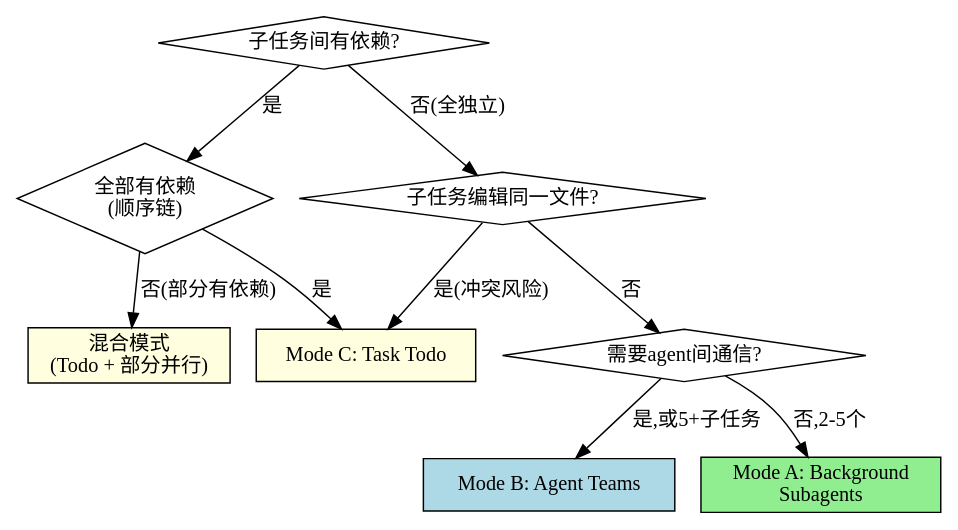
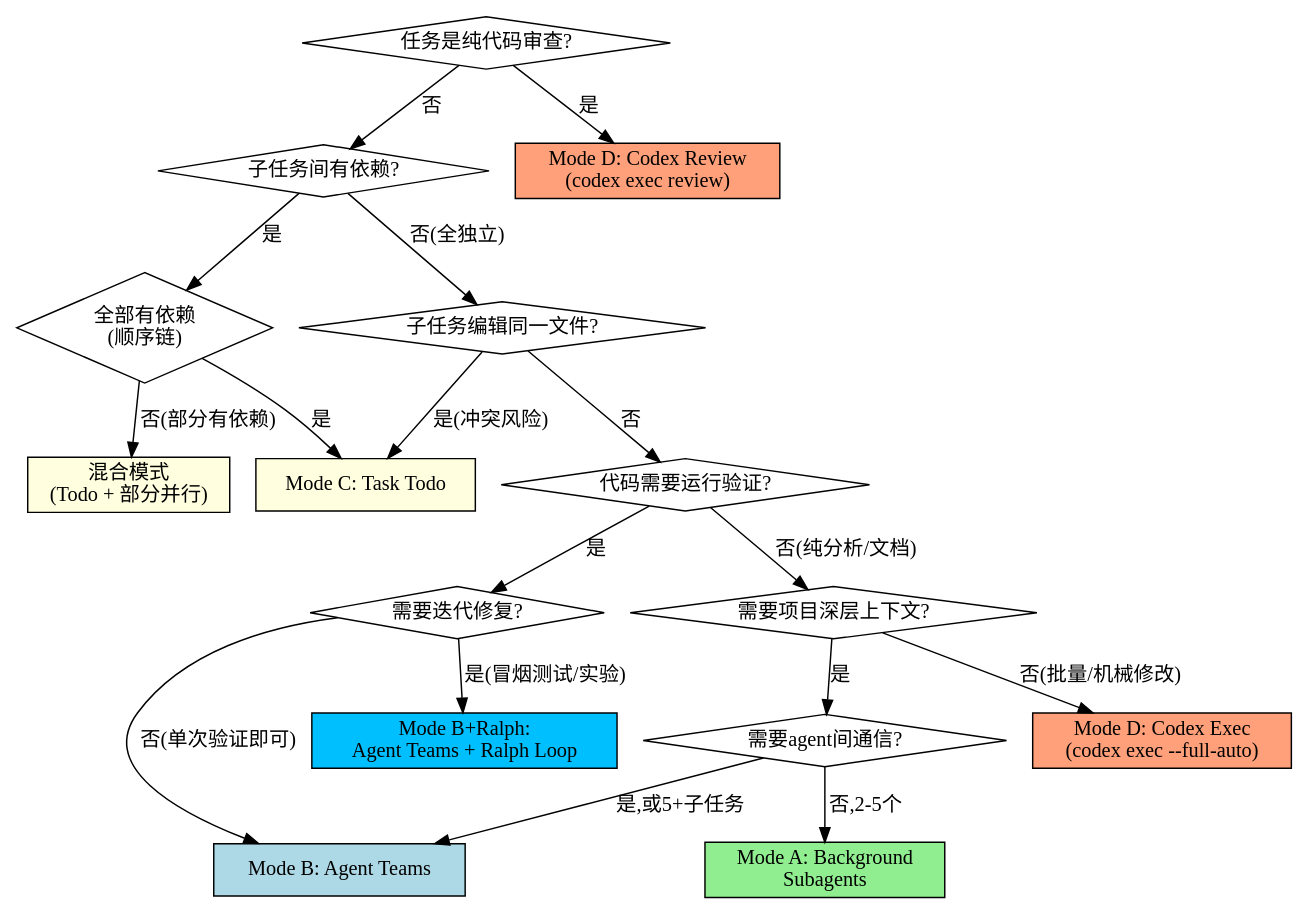
The second of 2 diagrams in skills/spawn/SKILL.md (CopeeeTang/copeee-skills), drawn with Graphviz before and after one commit. The commit also changed other lines of this file and 7 other files, not shown here.

````diff
--- a/skills/spawn/SKILL.md
+++ b/skills/spawn/SKILL.md
@@ -53,23 +53,38 @@
 ```dot
 digraph mode_select {
     rankdir=TB;
+    "任务是纯代码审查?" [shape=diamond];
     "子任务间有依赖?" [shape=diamond];
     "全部有依赖\n(顺序链)" [shape=diamond];
+    "子任务编辑同一文件?" [shape=diamond];
+    "代码需要运行验证?" [shape=diamond];
+    "需要迭代修复?" [shape=diamond];
+    "需要项目深层上下文?" [shape=diamond];
     "需要agent间通信?" [shape=diamond];
-    "子任务编辑同一文件?" [shape=diamond];
 
+    "Mode D: Codex Review\n(codex exec review)" [shape=box, style=filled, fillcolor=lightsalmon];
+    "Mode D: Codex Exec\n(codex exec --full-auto)" [shape=box, style=filled, fillcolor=lightsalmon];
     "Mode C: Task Todo" [shape=box, style=filled, fillcolor=lightyellow];
     "Mode B: Agent Teams" [shape=box, style=filled, fillcolor=lightblue];
+    "Mode B+Ralph:\nAgent Teams + Ralph Loop" [shape=box, style=filled, fillcolor=deepskyblue];
     "Mode A: Background\nSubagents" [shape=box, style=filled, fillcolor=lightgreen];
     "混合模式\n(Todo + 部分并行)" [shape=box, style=filled, fillcolor=lightyellow];
 
+    "任务是纯代码审查?" -> "Mode D: Codex Review\n(codex exec review)" [label="是"];
+    "任务是纯代码审查?" -> "子任务间有依赖?" [label="否"];
     "子任务间有依赖?" -> "全部有依赖\n(顺序链)" [label="是"];
     "子任务间有依赖?" -> "子任务编辑同一文件?" [label="否(全独立)"];
     "全部有依赖\n(顺序链)" -> "Mode C: Task Todo" [label="是"];
     "全部有依赖\n(顺序链)" -> "混合模式\n(Todo + 部分并行)" [label="否(部分有依赖)"];
     "子任务编辑同一文件?" -> "Mode C: Task Todo" [label="是(冲突风险)"];
-    "子任务编辑同一文件?" -> "需要agent间通信?" [label="否"];
+    "子任务编辑同一文件?" -> "代码需要运行验证?" [label="否"];
+    "代码需要运行验证?" -> "需要迭代修复?" [label="是"];
+    "代码需要运行验证?" -> "需要项目深层上下文?" [label="否(纯分析/文档)"];
+    "需要迭代修复?" -> "Mode B+Ralph:\nAgent Teams + Ralph Loop" [label="是(冒烟测试/实验)"];
+    "需要迭代修复?" -> "Mode B: Agent Teams" [label="否(单次验证即可)"];
+    "需要项目深层上下文?" -> "Mode D: Codex Exec\n(codex exec --full-auto)" [label="否(批量/机械修改)"];
+    "需要项目深层上下文?" -> "需要agent间通信?" [label="是"];
     "需要agent间通信?" -> "Mode B: Agent Teams" [label="是,或5+子任务"];
     "需要agent间通信?" -> "Mode A: Background\nSubagents" [label="否,2-5个"];
 }
 ```
````
